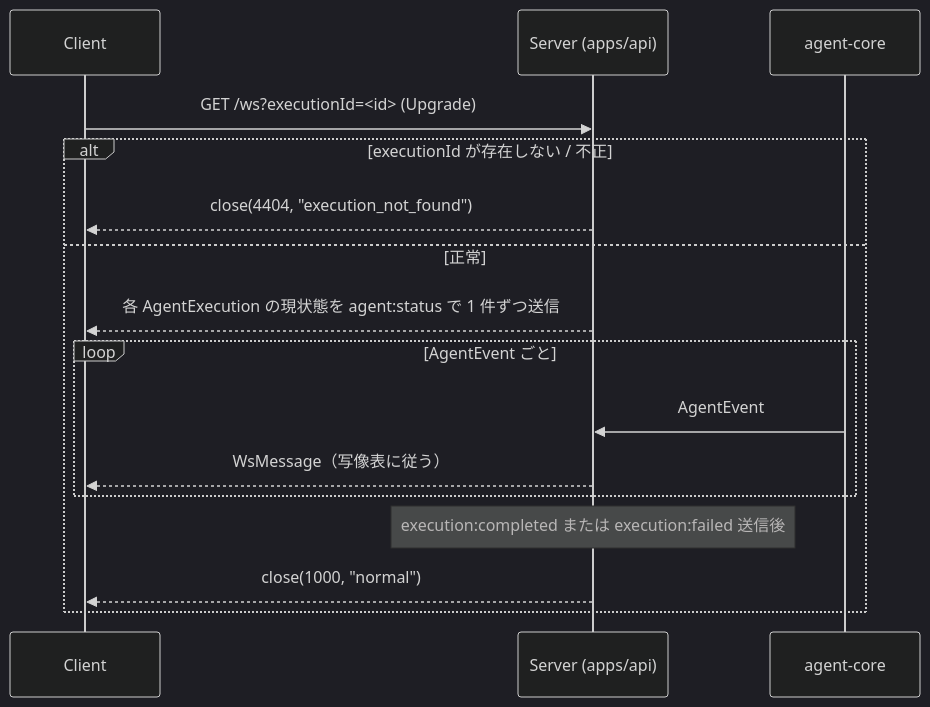
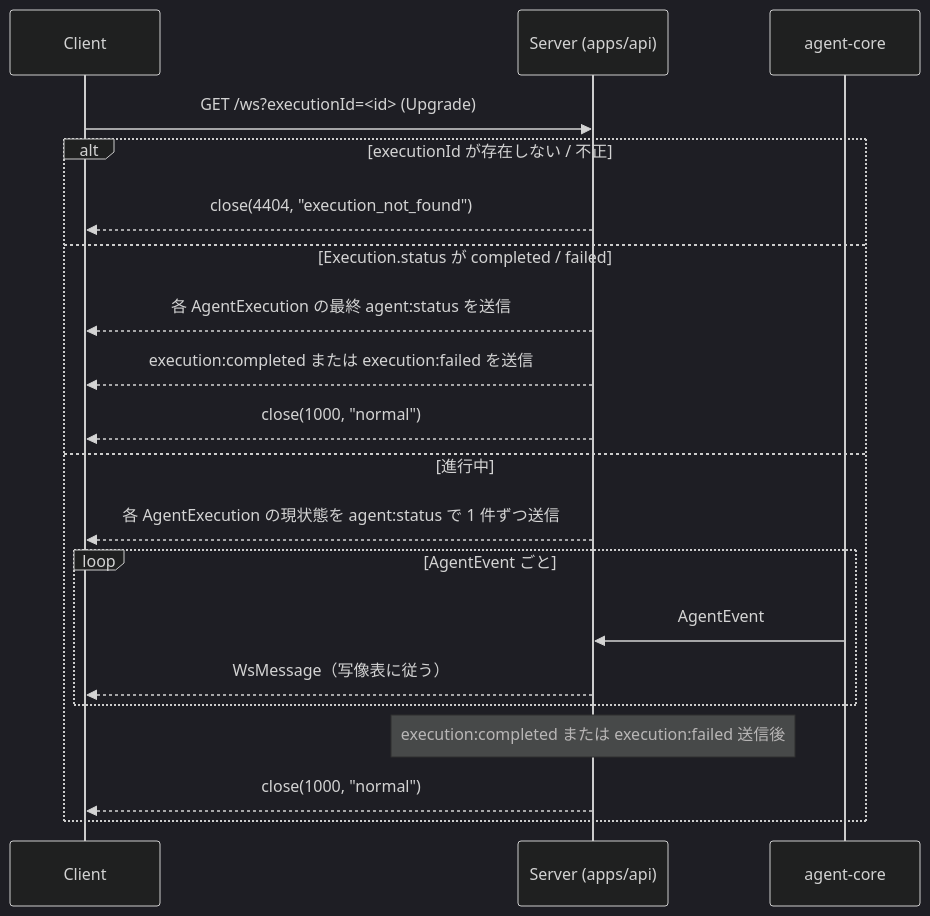
One commit to kuairen-227/agent-team-studio changed the diagram in docs/design/websocket-design.md. Above: the diagram before and after it, drawn with Mermaid (dark theme). The commit also changed other lines of this file, not shown here.

````diff
--- a/docs/design/websocket-design.md
+++ b/docs/design/websocket-design.md
@@ -72,19 +75,23 @@
 ```mermaid
 sequenceDiagram
     participant C as Client
     participant S as Server (apps/api)
     participant E as agent-core
 
     C->>S: GET /ws?executionId=<id> (Upgrade)
     alt executionId が存在しない / 不正
         S-->>C: close(4404, "execution_not_found")
-    else 正常
+    else Execution.status が completed / failed
+        S-->>C: 各 AgentExecution の最終 agent:status を送信
+        S-->>C: execution:completed または execution:failed を送信
+        S-->>C: close(1000, "normal")
+    else 進行中
         S-->>C: 各 AgentExecution の現状態を agent:status で 1 件ずつ送信
         loop AgentEvent ごと
             E->>S: AgentEvent
             S-->>C: WsMessage（写像表に従う）
         end
         Note over S: execution:completed または execution:failed 送信後
         S-->>C: close(1000, "normal")
     end
 ```
````
